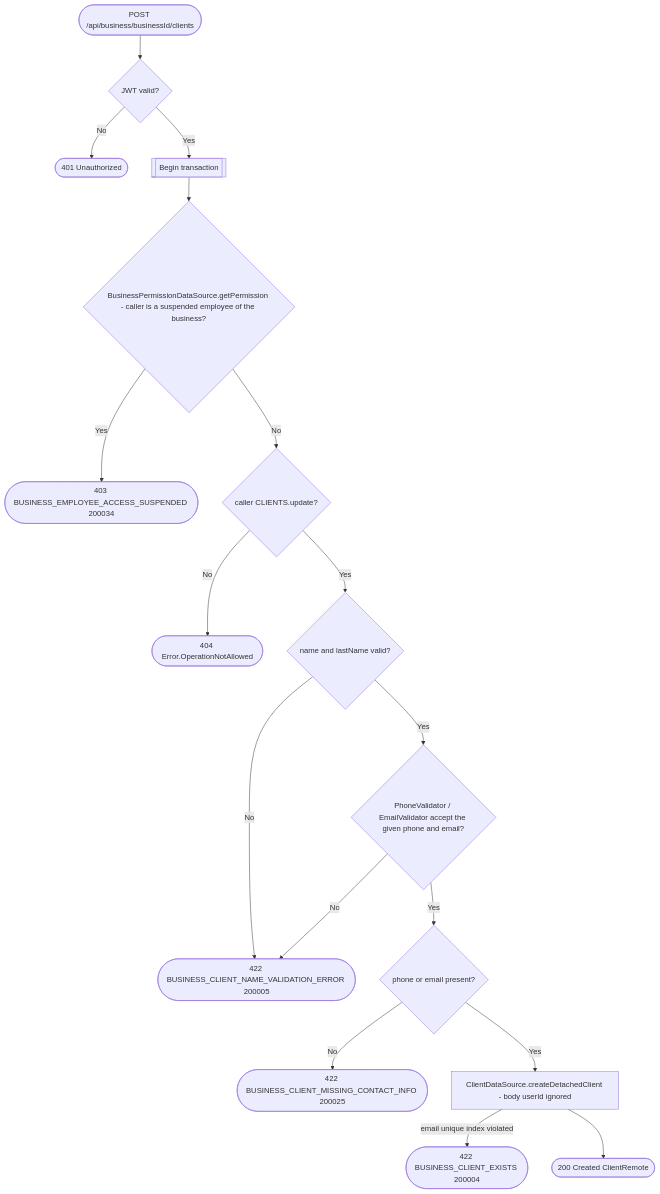
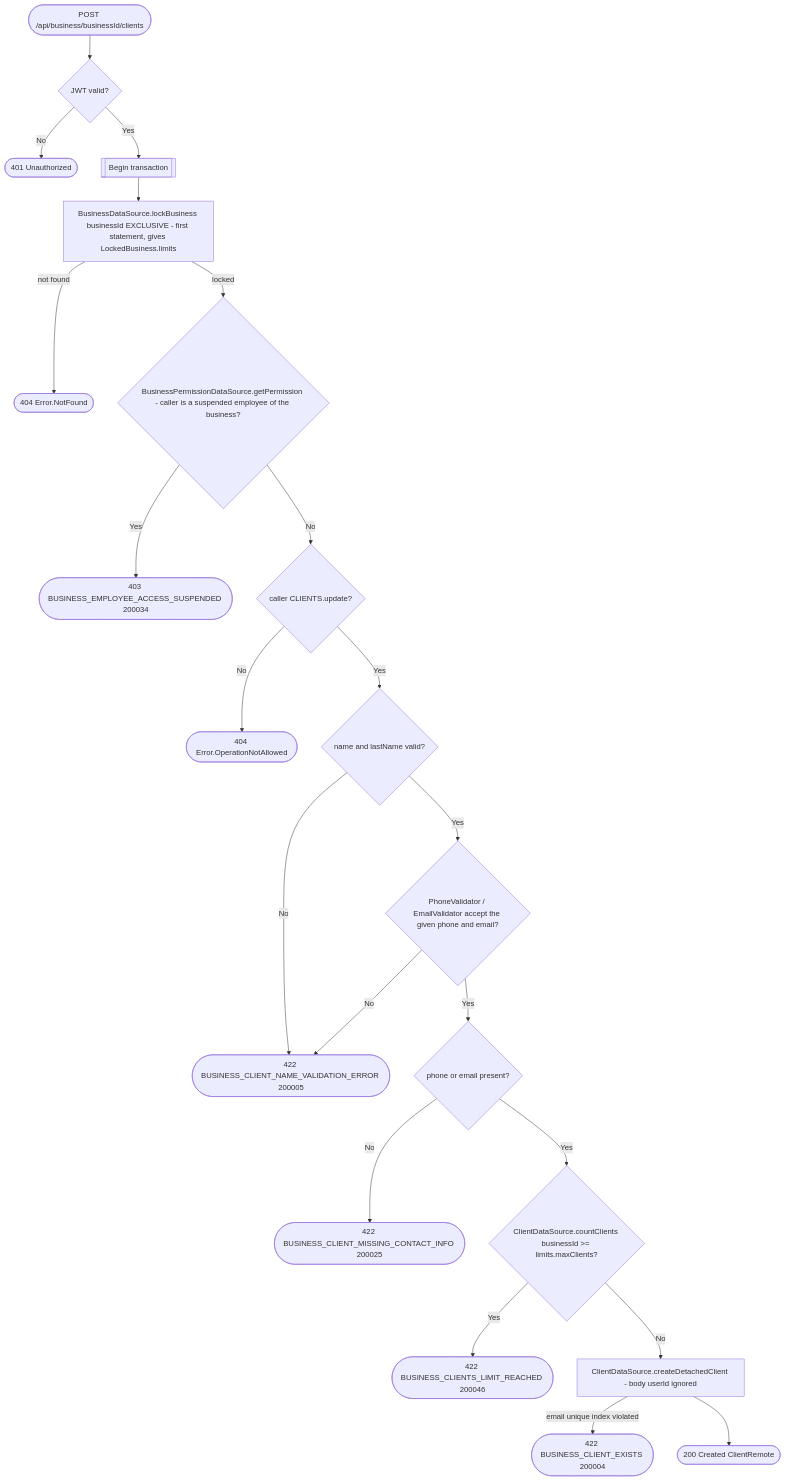
The diagram in docs/operations/business/create-client.md (nocturneproperties/bookkme), drawn with Mermaid before and after one commit. The commit also changed other lines of this file and 9 other files, not shown here.

Commit message:
[ISSUE-175] limit check on clients creation

````diff
--- a/docs/operations/business/create-client.md
+++ b/docs/operations/business/create-client.md
@@ -22,19 +26,23 @@
 ```mermaid
 flowchart TD
     Start([POST /api/business/businessId/clients]) --> Auth{JWT valid?}
     Auth -- No --> R401([401 Unauthorized])
     Auth -- Yes --> Tx[[Begin transaction]]
-    Tx --> Suspended{BusinessPermissionDataSource.getPermission - caller is a suspended employee of the business?}
+    Tx --> Lock[BusinessDataSource.lockBusiness businessId EXCLUSIVE - first statement, gives LockedBusiness.limits]
+    Lock -- not found --> R404nf([404 Error.NotFound])
+    Lock -- locked --> Suspended{BusinessPermissionDataSource.getPermission - caller is a suspended employee of the business?}
     Suspended -- Yes --> R403s([403 BUSINESS_EMPLOYEE_ACCESS_SUSPENDED 200034])
     Suspended -- No --> Perm{caller CLIENTS.update?}
     Perm -- No --> R404a([404 Error.OperationNotAllowed])
     Perm -- Yes --> NameCheck{name and lastName valid?}
     NameCheck -- No --> R422a([422 BUSINESS_CLIENT_NAME_VALIDATION_ERROR 200005])
     NameCheck -- Yes --> FormatCheck{PhoneValidator / EmailValidator accept the given phone and email?}
     FormatCheck -- No --> R422a
     FormatCheck -- Yes --> ContactCheck{phone or email present?}
     ContactCheck -- No --> R422c([422 BUSINESS_CLIENT_MISSING_CONTACT_INFO 200025])
-    ContactCheck -- Yes --> CreateDetached[ClientDataSource.createDetachedClient - body userId ignored]
+    ContactCheck -- Yes --> Count{ClientDataSource.countClients businessId >= limits.maxClients?}
+    Count -- Yes --> R422l([422 BUSINESS_CLIENTS_LIMIT_REACHED 200046])
+    Count -- No --> CreateDetached[ClientDataSource.createDetachedClient - body userId ignored]
     CreateDetached -- email unique index violated --> R422b([422 BUSINESS_CLIENT_EXISTS 200004])
     CreateDetached --> R200([200 Created ClientRemote])
 ```
````
